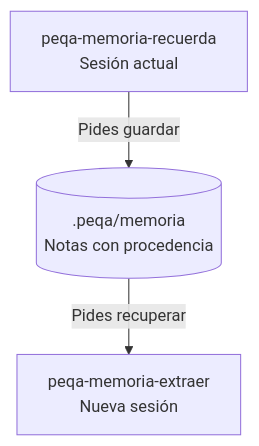
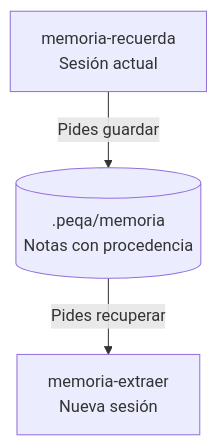
The third of 4 diagrams in README.md (peqa-ai/peqa-workflows), drawn with Mermaid before and after one commit. The commit also changed other lines of this file and 31 other files, not shown here.

````diff
--- a/README.md
+++ b/README.md
@@ -78,12 +78,12 @@
 ```mermaid
 flowchart TD
     accTitle: Memoria del proyecto entre dos sesiones
-    accDescr: A petición del usuario, peqa-memoria-recuerda guarda notas con procedencia en el proyecto. En otra sesión, peqa-memoria-extraer consulta ese almacén y devuelve notas y fuentes sin modificarlas.
+    accDescr: A petición del usuario, memoria-recuerda guarda notas con procedencia en el proyecto. En otra sesión, memoria-extraer consulta ese almacén y devuelve notas y fuentes sin modificarlas.
 
-    actual["peqa-memoria-recuerda<br/>Sesión actual"]
+    actual["memoria-recuerda<br/>Sesión actual"]
     memoria[(".peqa/memoria<br/>Notas con procedencia")]
-    nueva["peqa-memoria-extraer<br/>Nueva sesión"]
+    nueva["memoria-extraer<br/>Nueva sesión"]
 
     actual -->|Pides guardar| memoria
     memoria -->|Pides recuperar| nueva
 ```
````
